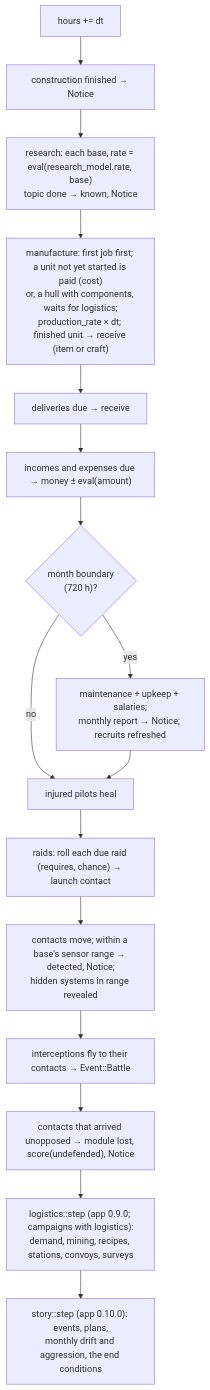
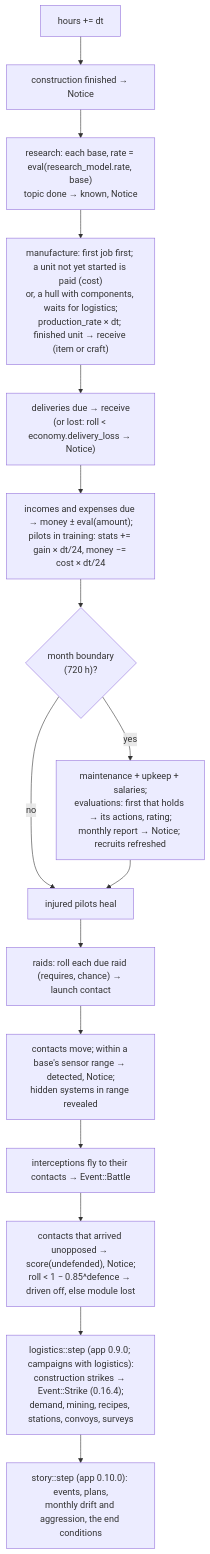
One commit to bbogovich/OpenInterceptor changed the third of 8 diagrams in docs/implementation/architecture/campaign.md. Above: the diagram before and after it, drawn with Mermaid. The commit also changed other lines of this file and 39 other files, not shown here.

````diff
--- a/docs/implementation/architecture/campaign.md
+++ b/docs/implementation/architecture/campaign.md
@@ -113,18 +114,18 @@
 ```mermaid
 flowchart TD
     A["hours += dt"] --> B["construction finished → Notice"]
     B --> C["research: each base, rate = eval(research_model.rate, base)<br/>topic done → known, Notice"]
     C --> D["manufacture: first job first; a unit not yet started is paid (cost)<br/>or, a hull with components, waits for logistics;<br/>production_rate × dt; finished unit → receive (item or craft)"]
-    D --> E["deliveries due → receive"]
-    E --> F["incomes and expenses due → money ± eval(amount)"]
+    D --> E["deliveries due → receive<br/>(or lost: roll < economy.delivery_loss → Notice)"]
+    E --> F["incomes and expenses due → money ± eval(amount);<br/>pilots in training: stats += gain × dt/24, money −= cost × dt/24"]
     F --> G{"month boundary<br/>(720 h)?"}
-    G -->|yes| H["maintenance + upkeep + salaries;<br/>monthly report → Notice; recruits refreshed"]
+    G -->|yes| H["maintenance + upkeep + salaries;<br/>evaluations: first that holds → its actions, rating;<br/>monthly report → Notice; recruits refreshed"]
     G -->|no| I
     H --> I["injured pilots heal"]
     I --> J["raids: roll each due raid (requires, chance) → launch contact"]
     J --> K["contacts move; within a base's sensor range → detected, Notice;<br/>hidden systems in range revealed"]
     K --> L["interceptions fly to their contacts → Event::Battle"]
-    L --> M["contacts that arrived unopposed → module lost, score(undefended), Notice"]
-    M --> N["logistics::step (app 0.9.0; campaigns with logistics):<br/>demand, mining, recipes, stations, convoys, surveys"]
+    L --> M["contacts that arrived unopposed → score(undefended), Notice;<br/>roll < 1 − 0.85^defence → driven off, else module lost"]
+    M --> N["logistics::step (app 0.9.0; campaigns with logistics):<br/>construction strikes → Event::Strike (0.16.4);<br/>demand, mining, recipes, stations, convoys, surveys"]
     N --> O["story::step (app 0.10.0): events, plans,<br/>monthly drift and aggression, the end conditions"]
 ```
````
